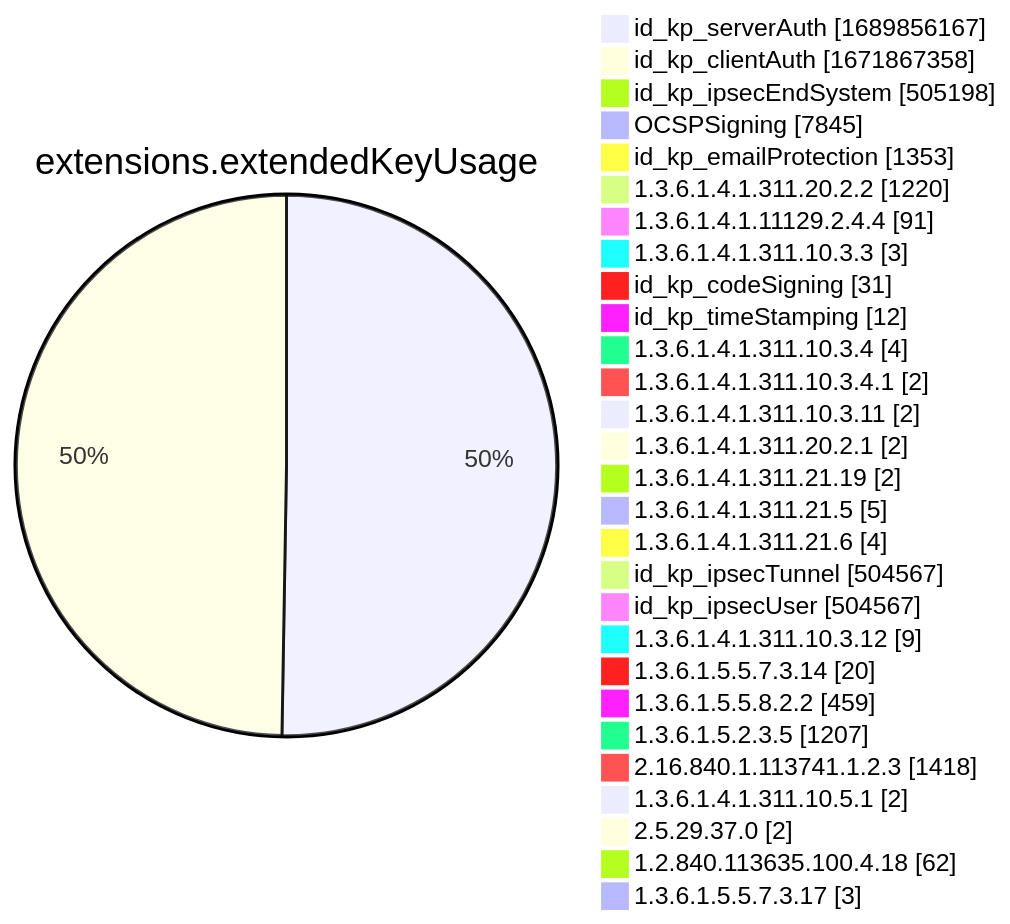
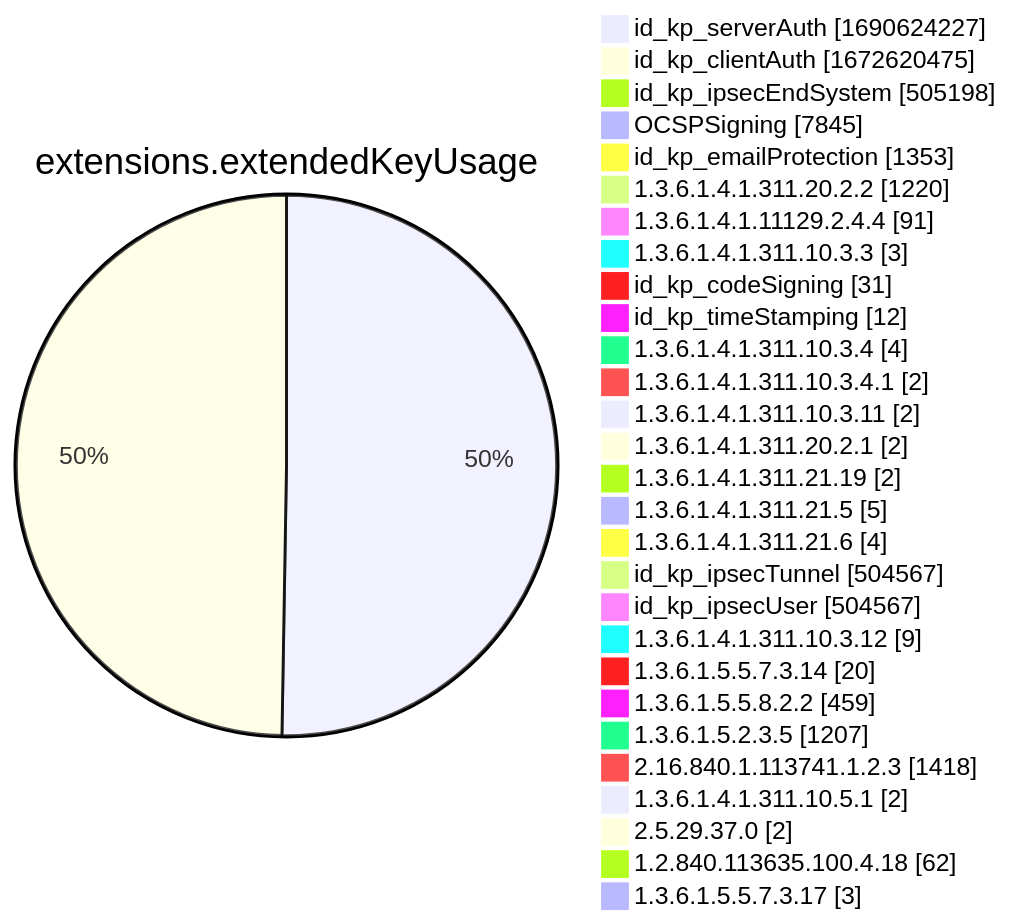
Before and after one commit to christiankrug/ctmonitor_visualization: diagram 12 of 15 in xenon2022/README.md, drawn with Mermaid. The commit also changed other lines of this file, not shown here.

````diff
--- a/xenon2022/README.md
+++ b/xenon2022/README.md
@@ -3888,32 +3888,32 @@
 ```mermaid
 pie showData
 title extensions.extendedKeyUsage
-"id_kp_serverAuth" :1689856167
-"id_kp_clientAuth" :1671867358
+"id_kp_serverAuth" :1690624227
+"id_kp_clientAuth" :1672620475
 "id_kp_ipsecEndSystem" :505198
 "OCSPSigning" :7845
 "id_kp_emailProtection" :1353
 "1.3.6.1.4.1.311.20.2.2" :1220
 "1.3.6.1.4.1.11129.2.4.4" :91
 "1.3.6.1.4.1.311.10.3.3" :3
 "id_kp_codeSigning" :31
 "id_kp_timeStamping" :12
 "1.3.6.1.4.1.311.10.3.4" :4
 "1.3.6.1.4.1.311.10.3.4.1" :2
 "1.3.6.1.4.1.311.10.3.11" :2
 "1.3.6.1.4.1.311.20.2.1" :2
 "1.3.6.1.4.1.311.21.19" :2
 "1.3.6.1.4.1.311.21.5" :5
 "1.3.6.1.4.1.311.21.6" :4
 "id_kp_ipsecTunnel" :504567
 "id_kp_ipsecUser" :504567
 "1.3.6.1.4.1.311.10.3.12" :9
 "1.3.6.1.5.5.7.3.14" :20
 "1.3.6.1.5.5.8.2.2" :459
 "1.3.6.1.5.2.3.5" :1207
 "2.16.840.1.113741.1.2.3" :1418
 "1.3.6.1.4.1.311.10.5.1" :2
 "2.5.29.37.0" :2
 "1.2.840.113635.100.4.18" :62
 "1.3.6.1.5.5.7.3.17" :3
 ```
````
